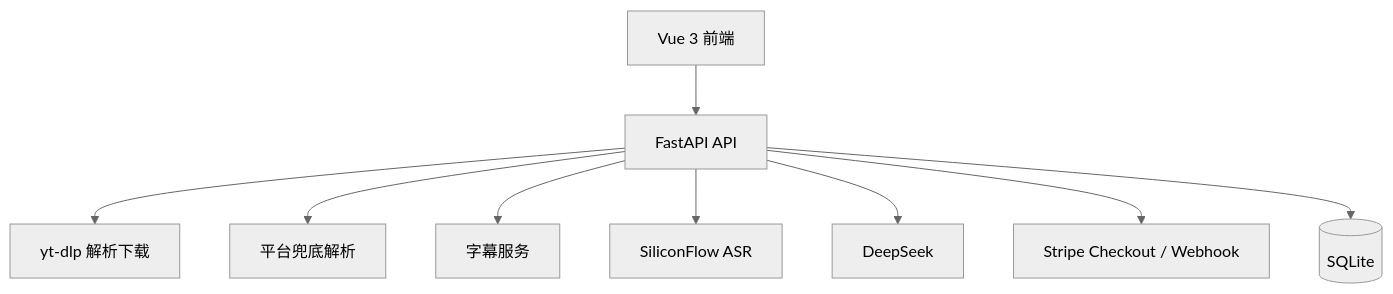
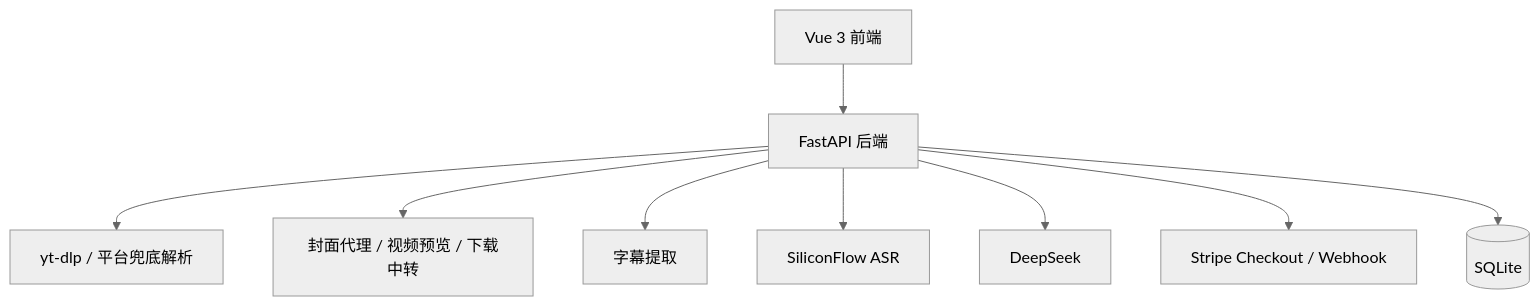
One commit to yzj6685/free-video-downloader changed the second of 2 diagrams in README.md. Above: the diagram before and after it, drawn with Mermaid (neutral theme). The commit also changed other lines of this file and 3 other files, not shown here.

````diff
--- a/README.md
+++ b/README.md
@@ -53,11 +74,11 @@
 ```mermaid
 flowchart TB
-  Web[Vue 3 前端] --> Api[FastAPI API]
-  Api --> Ytdlp[yt-dlp 解析下载]
-  Api --> Fallback[平台兜底解析]
-  Api --> Subtitle[字幕服务]
+  Web[Vue 3 前端] --> Api[FastAPI 后端]
+  Api --> Parser[yt-dlp / 平台兜底解析]
+  Api --> Media[封面代理 / 视频预览 / 下载中转]
+  Api --> Subtitle[字幕提取]
   Api --> ASR[SiliconFlow ASR]
   Api --> LLM[DeepSeek]
   Api --> Billing[Stripe Checkout / Webhook]
   Api --> DB[(SQLite)]
 ```
````
